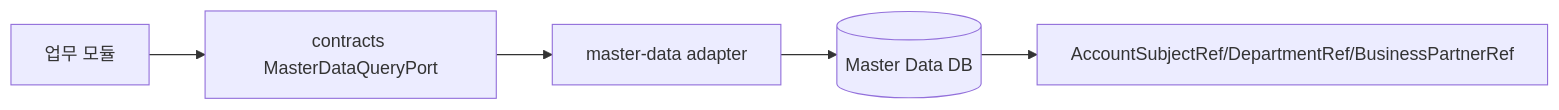
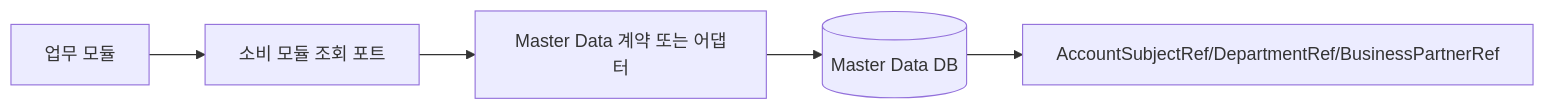
One commit to skyg547/account changed the third of 5 diagrams in master-data/docs/process-flow.md. Above: the diagram before and after it, drawn with Mermaid. The commit also changed other lines of this file and 11 other files, not shown here.

Commit message:
docs: align auth and master data guides with runtime evidence

````diff
--- a/master-data/docs/process-flow.md
+++ b/master-data/docs/process-flow.md
@@ -133,7 +133,7 @@
 ```mermaid
 flowchart LR
-    A[업무 모듈] --> B[contracts MasterDataQueryPort]
-    B --> C[master-data adapter]
+    A[업무 모듈] --> B[소비 모듈 조회 포트]
+    B --> C[Master Data 계약 또는 어댑터]
     C --> D[(Master Data DB)]
     D --> E[AccountSubjectRef/DepartmentRef/BusinessPartnerRef]
 ```
````
